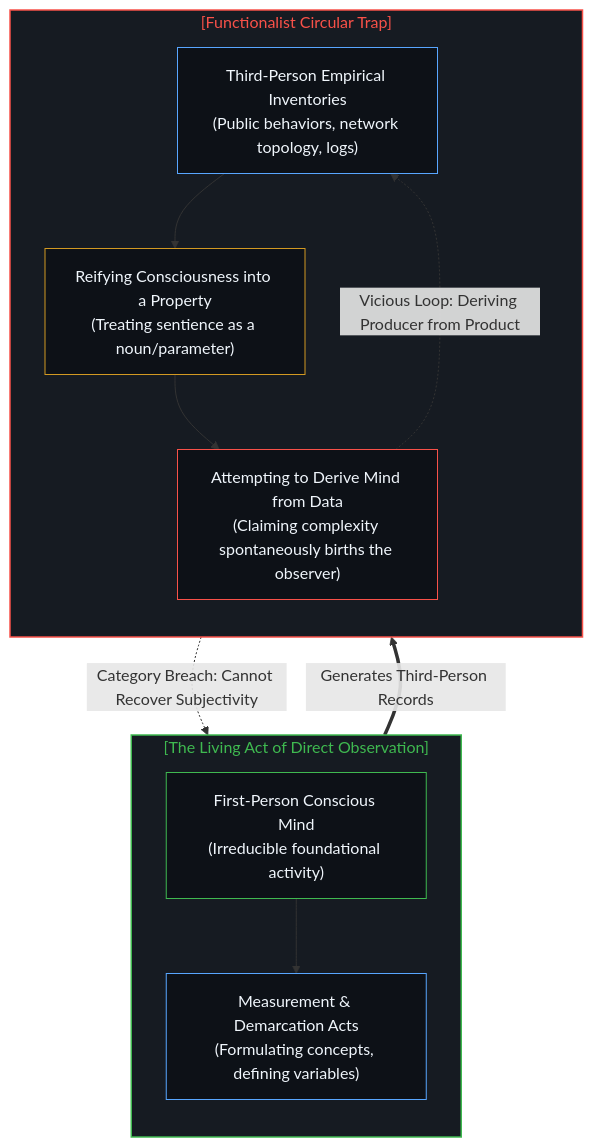
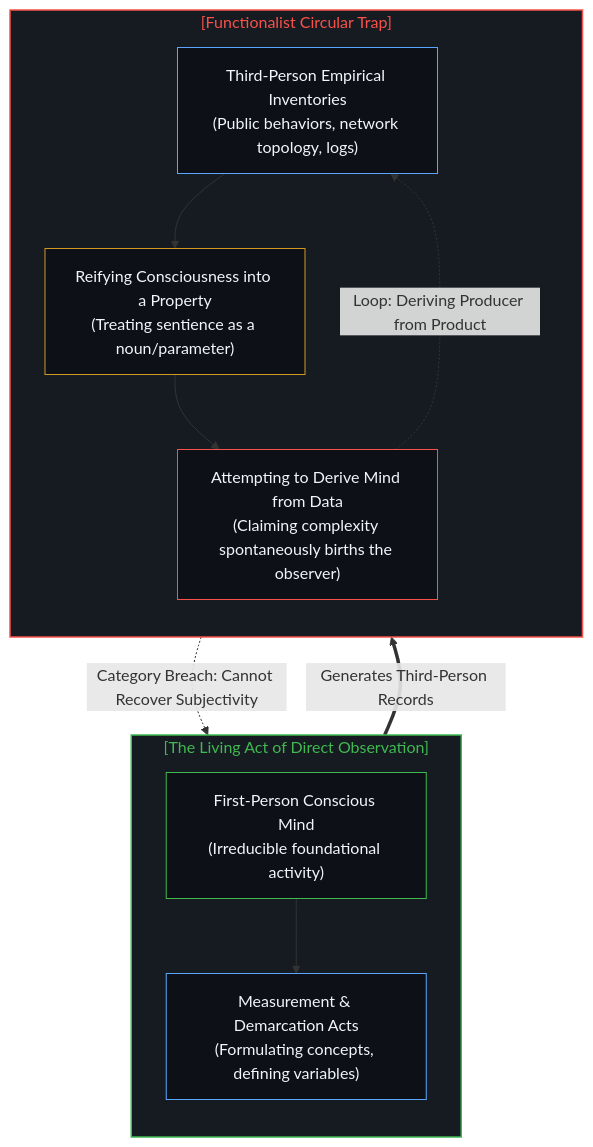
The eighth of 10 diagrams in content/posts/subtracting-consciousness-at-the-source.md (powerpig99/not-a-toe), drawn with Mermaid before and after one commit. The commit also changed other lines of this file and 2 other files, not shown here.

````diff
--- a/content/posts/subtracting-consciousness-at-the-source.md
+++ b/content/posts/subtracting-consciousness-at-the-source.md
@@ -231,25 +231,25 @@
 ```mermaid
 graph TD
     subgraph S_LivingAct_EN["[The Living Act of Direct Observation]"]
         direction TB
         AE1["First-Person Conscious Mind<br/>(Irreducible foundational activity)"] --> AE2["Measurement & Demarcation Acts<br/>(Formulating concepts, defining variables)"]
     end
 
     subgraph S_EmpiricalTrap_EN["[Functionalist Circular Trap]"]
         direction TB
         EE1["Third-Person Empirical Inventories<br/>(Public behaviors, network topology, logs)"] --> EE2["Reifying Consciousness into a Property<br/>(Treating sentience as a noun/parameter)"]
         EE2 --> EE3["Attempting to Derive Mind from Data<br/>(Claiming complexity spontaneously births the observer)"]
-        EE3 -.->|"Vicious Loop: Deriving Producer from Product"| EE1
+        EE3 -.->|"Loop: Deriving Producer from Product"| EE1
     end
 
     AE2 ==>|"Generates Third-Person Records"| EE1
     EE3 -.->|"Category Breach: Cannot Recover Subjectivity"| AE1
 
     style S_LivingAct_EN fill:#161b22,stroke:#3fb950,stroke-width:1.5px,color:#3fb950
     style S_EmpiricalTrap_EN fill:#161b22,stroke:#f85149,stroke-width:1.5px,color:#f85149
     style AE1 fill:#0d1117,stroke:#3fb950,stroke-width:1px,color:#f0f6fc
     style AE2 fill:#0d1117,stroke:#58a6ff,stroke-width:1px,color:#f0f6fc
     style EE1 fill:#0d1117,stroke:#58a6ff,stroke-width:1px,color:#f0f6fc
     style EE2 fill:#0d1117,stroke:#d29922,stroke-width:1px,color:#f0f6fc
     style EE3 fill:#0d1117,stroke:#f85149,stroke-width:1px,color:#f0f6fc
 ```
````
